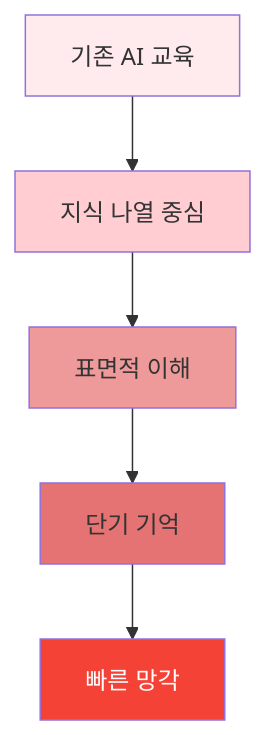
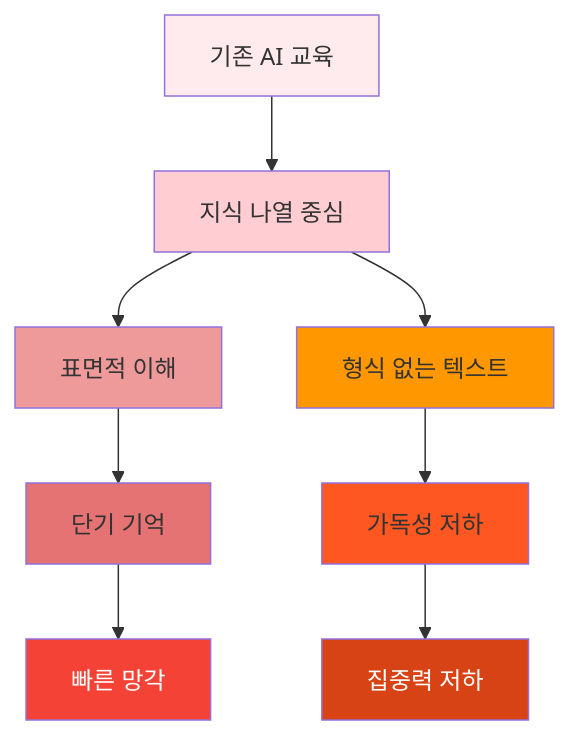
One commit to 2574895/EduChat_PF changed the first of 5 diagrams in docs/educational_impact.md. Above: the diagram before and after it, drawn with Mermaid. The commit also changed other lines of this file and 3 other files, not shown here.

````diff
--- a/docs/educational_impact.md
+++ b/docs/educational_impact.md
@@ -28,13 +28,19 @@
 ```mermaid
 graph TD
     A[기존 AI 교육] --> B[지식 나열 중심]
     B --> C[표면적 이해]
     C --> D[단기 기억]
     D --> E[빠른 망각]
+    B --> F[형식 없는 텍스트]
+    F --> G[가독성 저하]
+    G --> H[집중력 저하]
 
     style A fill:#ffebee
     style B fill:#ffcdd2
     style C fill:#ef9a9a
     style D fill:#e57373
     style E fill:#f44336,color:#fff
+    style F fill:#ff9800
+    style G fill:#ff5722
+    style H fill:#d84315,color:#fff
 ```
````
